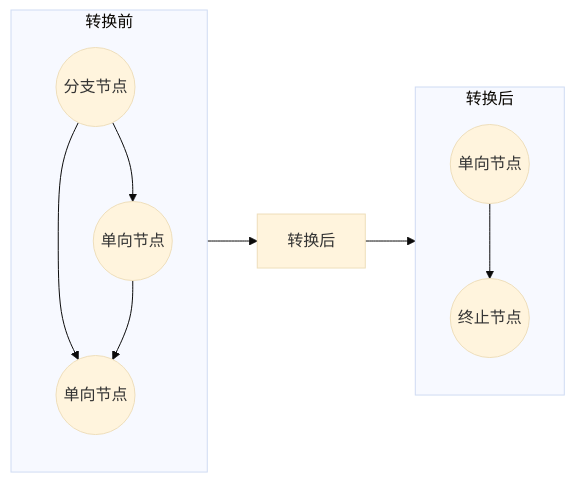
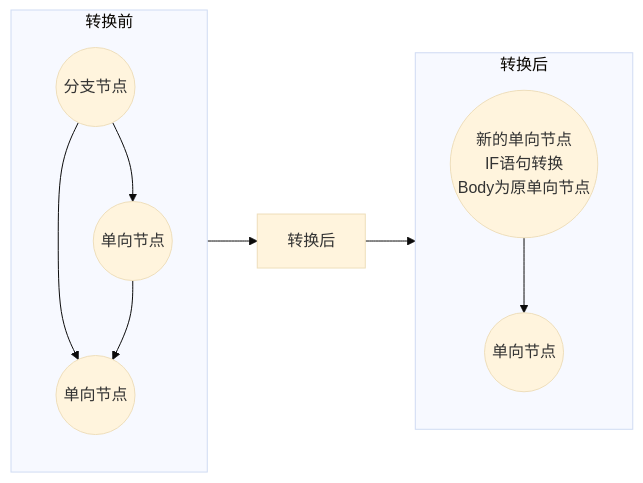
Diagram 15 of 22 in 控制流节点合并说明文档.md (jsCrack8/JavaScript-Deobfuscator), drawn with Mermaid (base theme) before and after one commit. The commit also changed other lines of this file, not shown here.

````diff
--- a/控制流节点合并说明文档.md
+++ b/控制流节点合并说明文档.md
@@ -300,20 +307,20 @@
 ```mermaid
 flowchart LR
   subgraph L5["转换前"]
     direction TB
     A5(("分支节点"))
     B5(("单向节点"))
     C5(("单向节点"))
     A5 --> B5
     A5 --> C5
     B5 --> C5
   end
-  C5 --> X5["转换后"]
+  X5["转换后"]
   subgraph R5["转换后"]
     direction TB
-    E5(("单向节点"))
-    F5(("终止节点"))
+    E5(("新的单向节点<br/>IF语句转换<br/>Body为原单向节点"))
+    F5(("单向节点"))
     E5 --> F5
   end
-  X5 --> E5
+  L5 --> X5 --> R5
 ```
````
